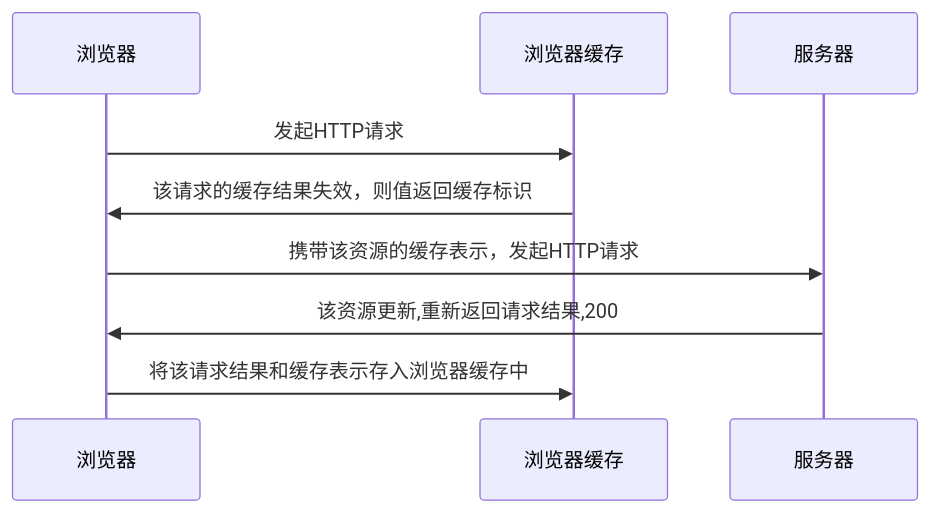
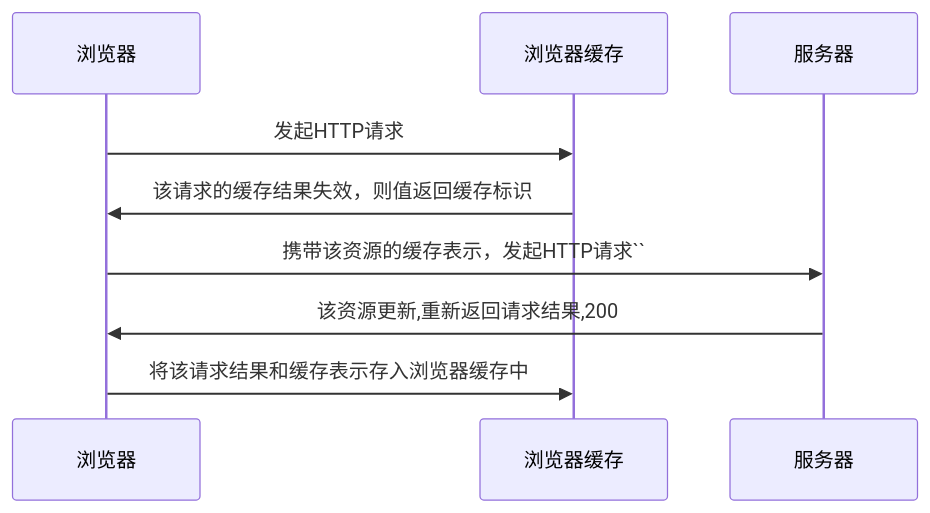
Before and after one commit to codinglilong/Interview_Tips: the third of 4 diagrams in 浏览器缓存机制.md, drawn with Mermaid. The commit also changed 1 other file, not shown here.

````diff
--- a/浏览器缓存机制.md
+++ b/浏览器缓存机制.md
@@ -108,11 +108,11 @@
      ```mermaid
      sequenceDiagram
       	participant 浏览器
        participant 浏览器缓存
        participant 服务器
      	浏览器 ->> 浏览器缓存:发起HTTP请求
      	浏览器缓存 ->> 浏览器:该请求的缓存结果失效，则值返回缓存标识
-     	浏览器 ->> 服务器:携带该资源的缓存表示，发起HTTP请求
+     	浏览器 ->> 服务器:携带该资源的缓存表示，发起HTTP请求``	
      	服务器 ->> 浏览器:该资源更新,重新返回请求结果,200
      	浏览器 ->> 浏览器缓存:将该请求结果和缓存表示存入浏览器缓存中
      ```
````
